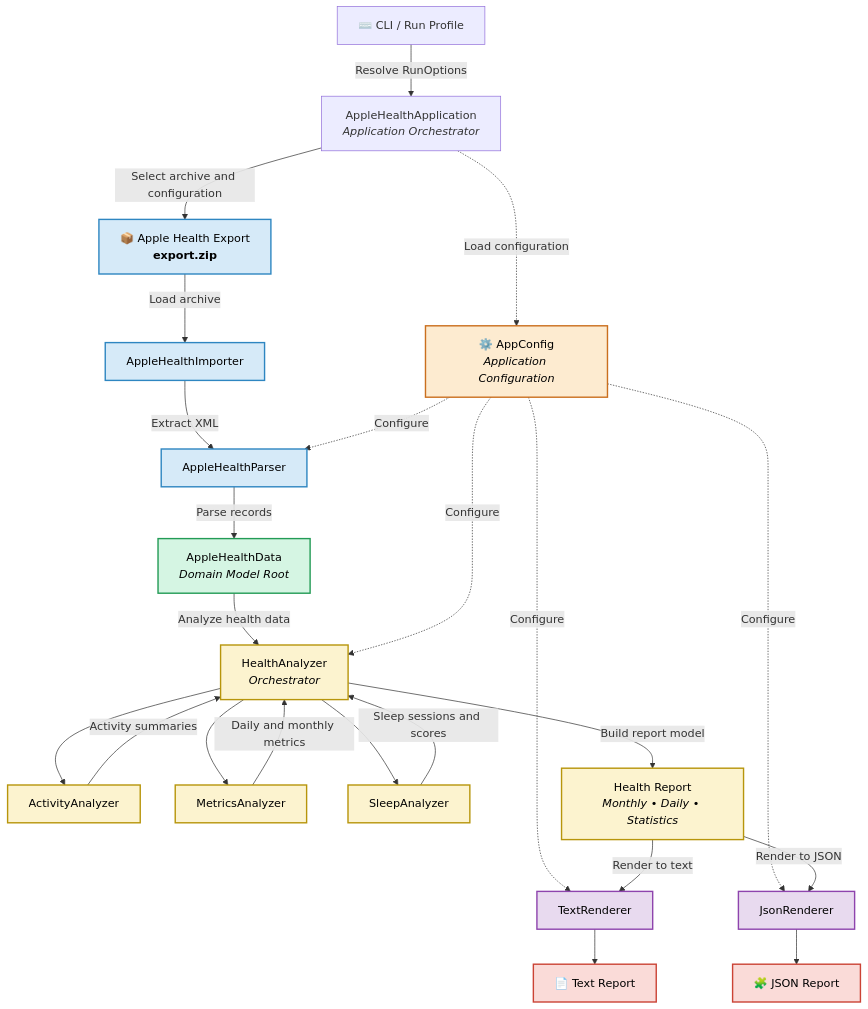
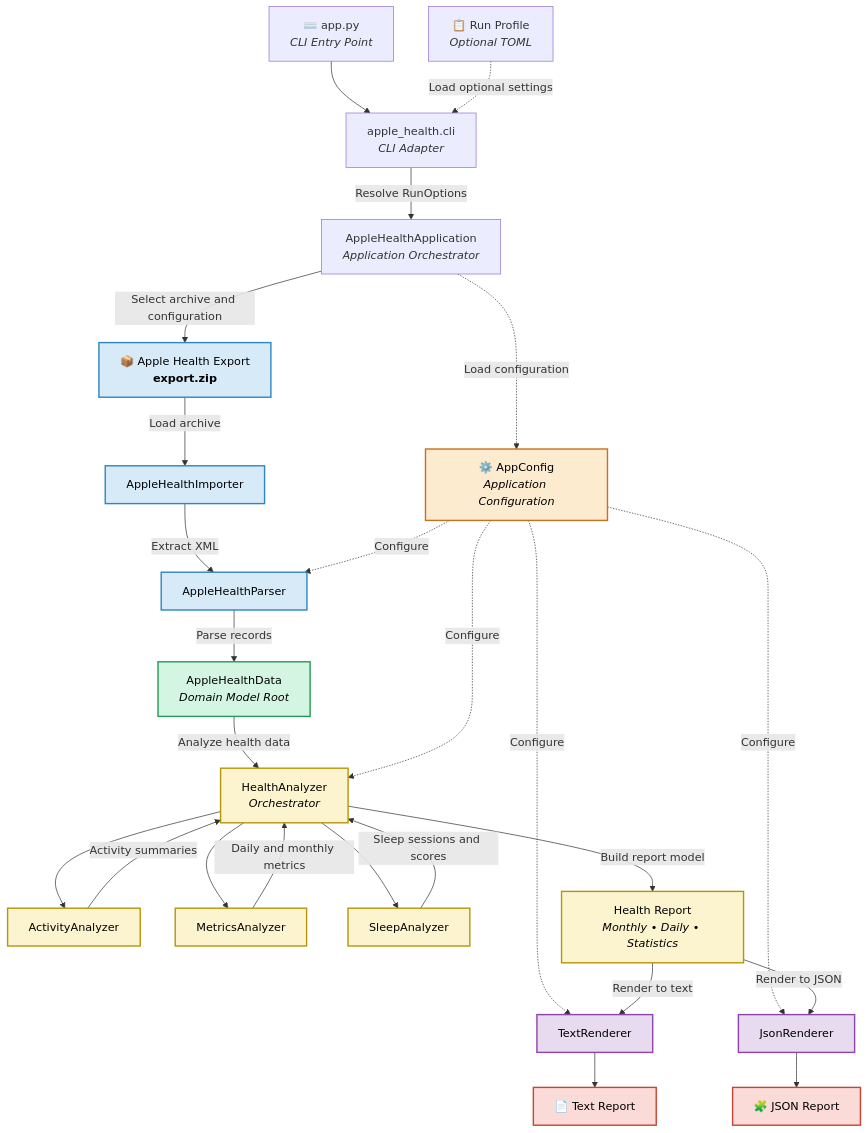
One commit to MateuszMocarski/AppleHealthMonitorAnalyzer changed the first of 4 diagrams in README.md. Above: the diagram before and after it, drawn with Mermaid. The commit also changed other lines of this file and 1 other file, not shown here.

Commit message:
docs: update CLI architecture and example paths

````diff
--- a/README.md
+++ b/README.md
@@ -215,64 +215,68 @@
 ```mermaid
 flowchart TD
 
-    CLI["⌨️ CLI / Run Profile"]
+    ENTRY["⌨️ app.py<br/><i>CLI Entry Point</i>"]
+    CLI["apple_health.cli<br/><i>CLI Adapter</i>"]
+    PROFILE["📋 Run Profile<br/><i>Optional TOML</i>"]
     APP["AppleHealthApplication<br/><i>Application Orchestrator</i>"]
     A["📦 Apple Health Export<br/><b>export.zip</b>"]
     CFG["⚙️ AppConfig<br/><i>Application Configuration</i>"]
 
     B["AppleHealthImporter"]
     C["AppleHealthParser"]
     D["AppleHealthData<br/><i>Domain Model Root</i>"]
 
     E["HealthAnalyzer<br/><i>Orchestrator</i>"]
     EA["ActivityAnalyzer"]
     EM["MetricsAnalyzer"]
     ES["SleepAnalyzer"]
 
     F["Health Report<br/><i>Monthly • Daily • Statistics</i>"]
     G["TextRenderer"]
     GJ["JsonRenderer"]
     H["📄 Text Report"]
     HJ["🧩 JSON Report"]
 
+    ENTRY --> CLI
+    PROFILE -.->|"Load optional settings"| CLI
     CLI -->|"Resolve RunOptions"| APP
     APP -->|"Select archive and configuration"| A
     APP -.->|"Load configuration"| CFG
     A -->|"Load archive"| B
     B -->|"Extract XML"| C
     C -->|"Parse records"| D
     D -->|"Analyze health data"| E
 
     CFG -.->|"Configure"| C
     CFG -.->|"Configure"| E
     CFG -.->|"Configure"| G
     CFG -.->|"Configure"| GJ
 
     E --> EA
     E --> EM
     E --> ES
 
     EA -->|"Activity summaries"| E
     EM -->|"Daily and monthly metrics"| E
     ES -->|"Sleep sessions and scores"| E
 
     E -->|"Build report model"| F
     F -->|"Render to text"| G
     F -->|"Render to JSON"| GJ
     G --> H
     GJ --> HJ
 
     classDef import fill:#D6EAF8,stroke:#2E86C1,color:#000,stroke-width:2px;
     classDef config fill:#FDEBD0,stroke:#CA6F1E,color:#000,stroke-width:2px;
     classDef domain fill:#D5F5E3,stroke:#239B56,color:#000,stroke-width:2px;
     classDef analysis fill:#FCF3CF,stroke:#B7950B,color:#000,stroke-width:2px;
     classDef presentation fill:#E8DAEF,stroke:#8E44AD,color:#000,stroke-width:2px;
     classDef output fill:#FADBD8,stroke:#CB4335,color:#000,stroke-width:2px;
 
     class A,B,C import;
     class CFG config;
     class D domain;
     class E,EA,EM,ES,F analysis;
     class G,GJ presentation;
     class H,HJ output;
 ```
````
